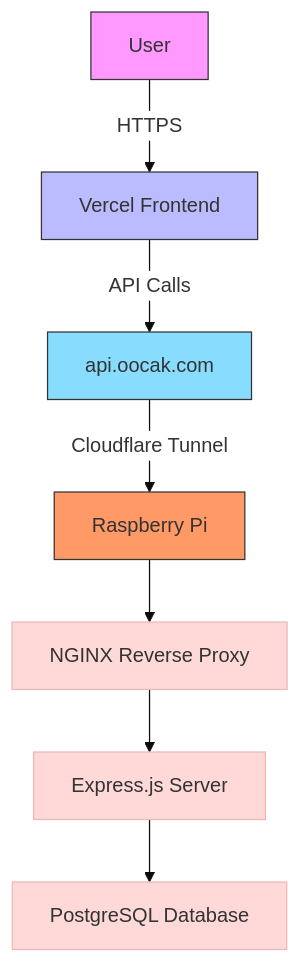
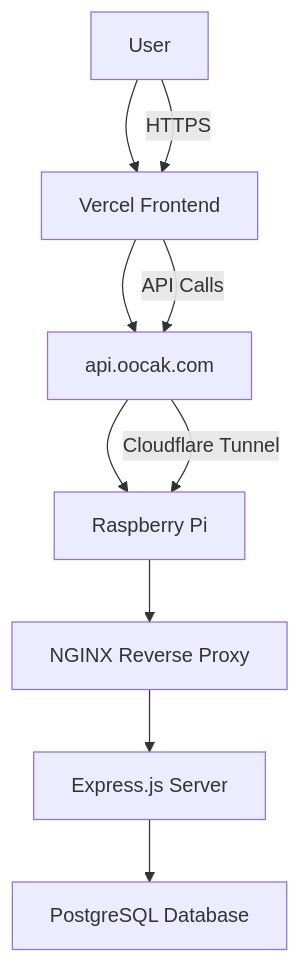
One commit to OzanOcak/merkle changed the first of 4 diagrams in git-media/architecture.md. Above: the diagram before and after it, drawn with Mermaid.

Commit message:
architecture diagram

````diff
--- a/git-media/architecture.md
+++ b/git-media/architecture.md
@@ -5,14 +5,14 @@
 ```mermaid
-%%{init: {'theme': 'base', 'themeVariables': { 'primaryColor': '#ffd8d8', 'edgeLabelBackground':'#fff'}}}%%
-flowchart
-    A[User] -->|HTTPS| B[Vercel Frontend]
-    B -->|API Calls| C[api.oocak.com]
-    C -->|Cloudflare Tunnel| D[Raspberry Pi]
+graph TD
+    A[User] --> B[Vercel Frontend]
+    B --> C[api.oocak.com]
+    C --> D[Raspberry Pi]
     D --> E[NGINX Reverse Proxy]
     E --> F[Express.js Server]
     F --> G[PostgreSQL Database]
-    style A fill:#f9f,stroke:#333
-    style B fill:#bbf,stroke:#333
-    style C fill:#8df,stroke:#333
-    style D fill:#f96,stroke:#333
+
+    %% Adding labels to the arrows
+    A -->|HTTPS| B
+    B -->|API Calls| C
+    C -->|Cloudflare Tunnel| D
 ```
````
